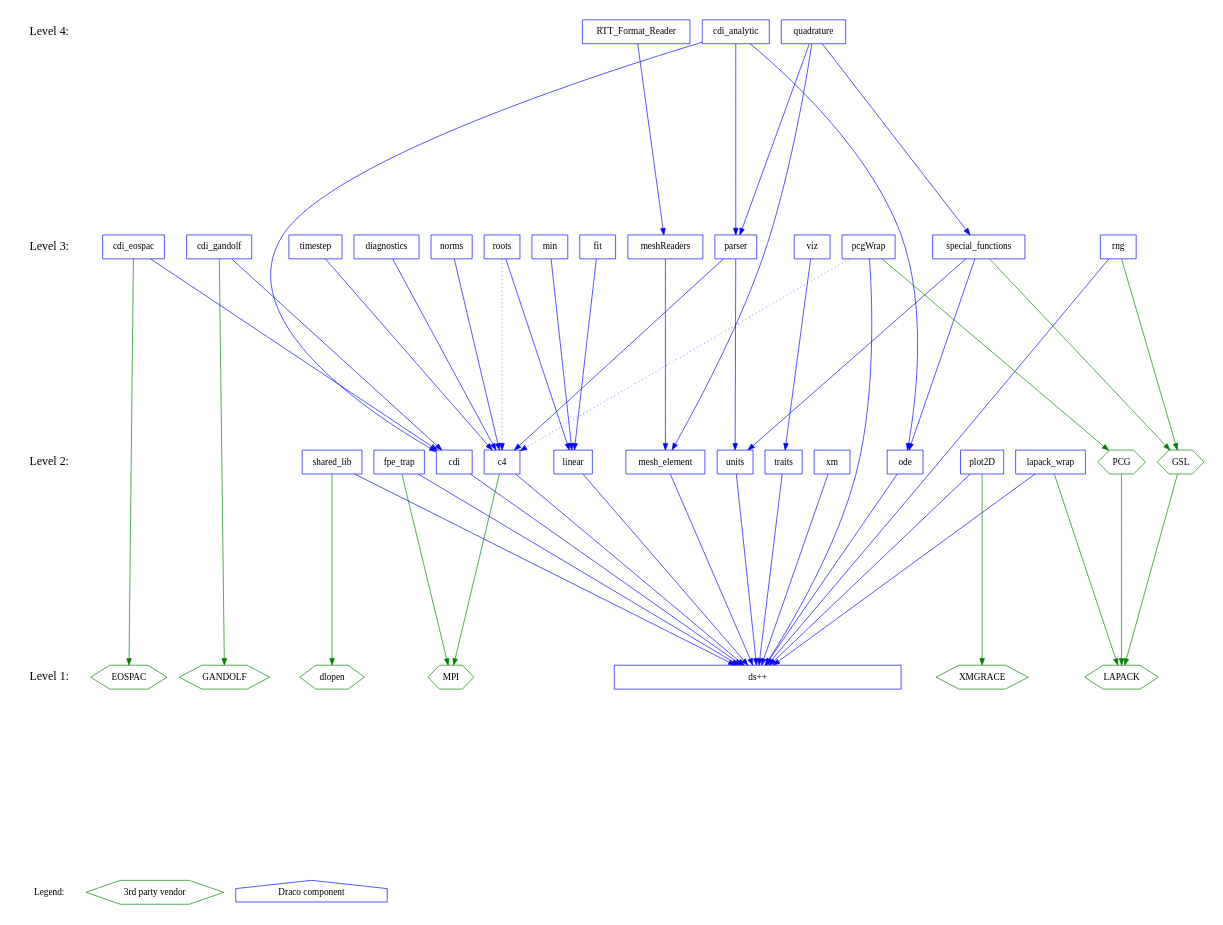
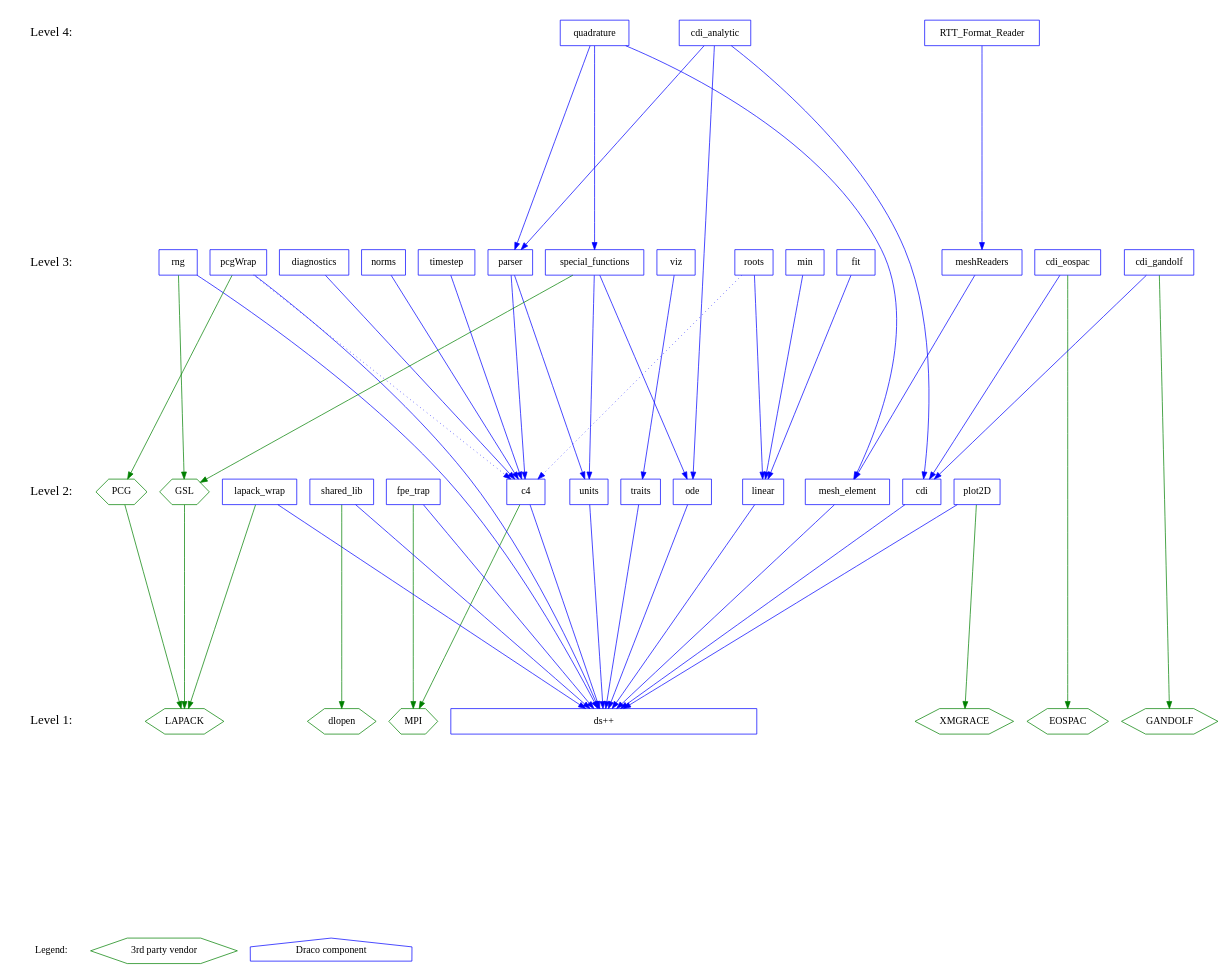
The diagram in doc/design/level.dot (warsa/Draco), drawn with Graphviz before and after one commit.

Commit message:
+ Remove xm from the levelization diagram.

```diff
--- a/doc/design/level.dot
+++ b/doc/design/level.dot
@@ -1,136 +1,134 @@
 digraph draco_level {
     /* graph attributes */
     center=1;
     size="7.5,10";
     ranksep=4;
     
     /* levels */
     legend [shape=plaintext, label="Legend:", fontsize=14];
     level1 [shape=plaintext, label="Level 1:", fontsize=18];
     level2 [shape=plaintext, label="Level 2:", fontsize=18];
     level3 [shape=plaintext, label="Level 3:", fontsize=18];
     level4 [shape=plaintext, label="Level 4:", fontsize=18];
 /*     level5 [shape=plaintext, label="Level 5:", fontsize=18]; */
 /*    level6 [shape=plaintext, label="Level 6:", fontsize=18]; */
     
     /* level6 -> level5 -> */
     level4 -> level3 -> level2 -> level1 -> legend [style=invis];
     
     /* packages */
 
     /* legend */
     leg_vendor [shape=box, label="3rd party vendor", color=green, shape=hexagon];
     leg_draco  [shape=box, label="Draco component",  color=blue,  shape=house ];
 
     /* level 1 */
     vdlopen    [shape=hexagon, color=green, label="dlopen"];
     veospac    [shape=hexagon, color=green, label="EOSPAC"];
     vgandolf   [shape=hexagon, color=green, label="GANDOLF"];
     vgrace     [shape=hexagon, color=green, label="XMGRACE"];
     vlapack    [shape=hexagon, color=green, label="LAPACK"];
     vmpi       [shape=hexagon, color=green, label="MPI"];
         
     dsxx [shape=box, color=blue, label="ds++", width=6];
     
     /* level 2 */
     vgsl       [shape=hexagon, color=green, label="GSL"];
     vpcg       [shape=hexagon, color=green, label="PCG"];
 
     c4         [shape=box, color=blue, label="c4"];
     cdi        [shape=box, color=blue, label="cdi"];
     fpetrap    [shape=box, color=blue, label="fpe_trap"];
     lapack     [shape=box, color=blue, label="lapack_wrap"];
     linear     [shape=box, color=blue, label="linear"];
     meshelement [shape=box, color=blue, label="mesh_element"];
     ode        [shape=box, color=blue, label="ode"];
     plot       [shape=box, color=blue, label="plot2D"];
     rng        [shape=box, color=blue, label="rng"];
     shlib      [shape=box, color=blue, label="shared_lib"];
     traits     [shape=box, color=blue, label="traits"];
     units      [shape=box, color=blue, label="units"];
-    xm         [shape=box, color=blue, label="xm"];
         
     /* level 3 */
     cdieos    [shape=box, color=blue, label="cdi_eospac"];
     cdigan    [shape=box, color=blue, label="cdi_gandolf"];
     diagnostics [shape=box, color=blue, label="diagnostics"];
     fit       [shape=box, color=blue, label="fit"];
     meshread  [shape=box, color=blue, label="meshReaders"];
     min       [shape=box, color=blue, label="min"];
     norms     [shape=box, color=blue, label="norms"];
     parser    [shape=box, color=blue, label="parser"];
     pcg       [shape=box, color=blue, label="pcgWrap"];
     roots     [shape=box, color=blue, label="roots"];
     sf        [shape=box, color=blue, label="special_functions"];
     timestep  [shape=box, color=blue, label="timestep"];
     viz       [shape=box, color=blue, label="viz"];
     
     /* level 4 */
     cdianal   [shape=box, color=blue, label="cdi_analytic"];
     quad      [shape=box, color=blue, label="quadrature"];
     rttread   [shape=box, color=blue, label="RTT_Format_Reader"];
     
     /* dependencies */
     {rank=same; legend leg_vendor leg_draco};
     {rank=same; level1 dsxx vlapack vmpi veospac  vgandolf vgrace vdlopen};
-    {rank=same; level2 shlib plot lapack traits xm c4 fpetrap units cdi vpcg ode linear};
+    {rank=same; level2 shlib plot lapack traits c4 fpetrap units cdi vpcg ode linear};
     {rank=same; level3 viz timestep cdieos cdigan pcg meshread parser sf};
     {rank=same; level4 rttread quad};
     
     /* draco packages */
 
     /* NOTE:  hidden dependencies are in comments at the end of each line.
      * For example if a package depends on c4 it implicitly depends on dsxx
      * as well.  The dependency on dsxx is not shown explicitly on the
      * graph. 
     
     /* level 2 */
     c4          -> {dsxx}        [color=blue];
     c4          -> {vmpi}        [color=green];
     cdi         -> {dsxx}        [color=blue];
     fpetrap     -> {dsxx}        [color=blue];
     fpetrap     -> {vmpi}        [color=green];
     lapack      -> {dsxx}        [color=blue];
     lapack      -> {vlapack}     [color=green];
     linear      -> {dsxx}        [color=blue];
     meshelement -> {dsxx}        [color=blue];
     ode         -> {dsxx}        [color=blue];
     plot        -> {dsxx}        [color=blue];
     plot        -> {vgrace}      [color=green];
     rng         -> {dsxx}        [color=blue];
     rng         -> {vgsl}        [color=green];
     shlib       -> {dsxx}        [color=blue];
     shlib       -> {vdlopen}     [color=green];
     traits      -> {dsxx}        [color=blue];
     units       -> {dsxx}        [color=blue];
     vgsl        -> {vlapack}     [color=green];
     vpcg        -> {vlapack}     [color=green];
-    xm          -> {dsxx}        [color=blue];
     
     /* level 3 */
     cdieos      -> {cdi}         [color=blue];
     cdieos      -> {veospac}     [color=green]; 
     cdigan      -> {cdi}         [color=blue]; 
     cdigan      -> {vgandolf}    [color=green];
     diagnostics -> {c4}          [color=blue];
     fit         -> {linear}      [color=blue];
     meshread    -> {meshelement} [color=blue];
     min         -> {linear}      [color=blue];
     norms       -> {c4}          [color=blue];
     parser      -> {c4 units}    [color=blue];
     pcg         -> {c4}          [color=blue style=dotted];
     pcg         -> {dsxx}        [color=blue];
     pcg         -> {vpcg}        [color=green];
     roots       -> {linear}      [color=blue];
     roots       -> {c4}          [color=blue, style=dotted];
     sf          -> {units ode}   [color=blue];
     sf          -> {vgsl}        [color=green];
     timestep    -> {c4}          [color=blue];
     viz         -> {traits}      [color=blue];
 
     /* level 4 */
     cdianal     -> {parser cdi ode}        [color=blue];
     quad        -> {sf meshelement parser} [color=blue];
     rttread     -> {meshread}              [color=blue];
 
 }
```
